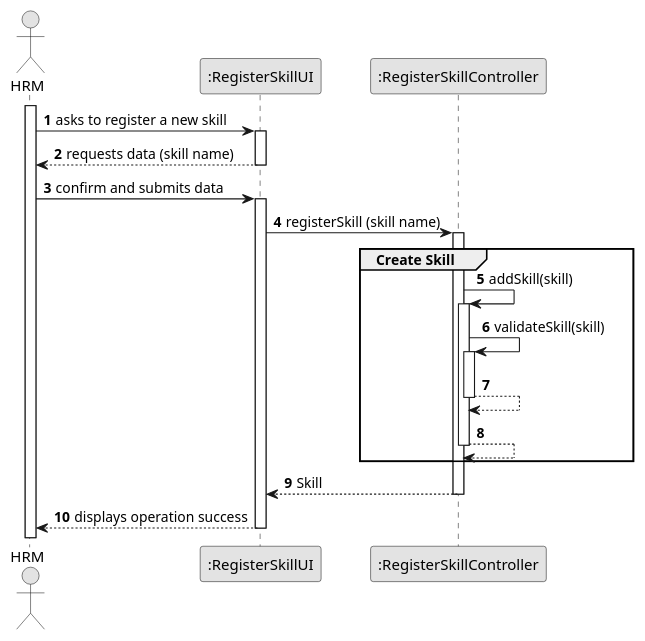
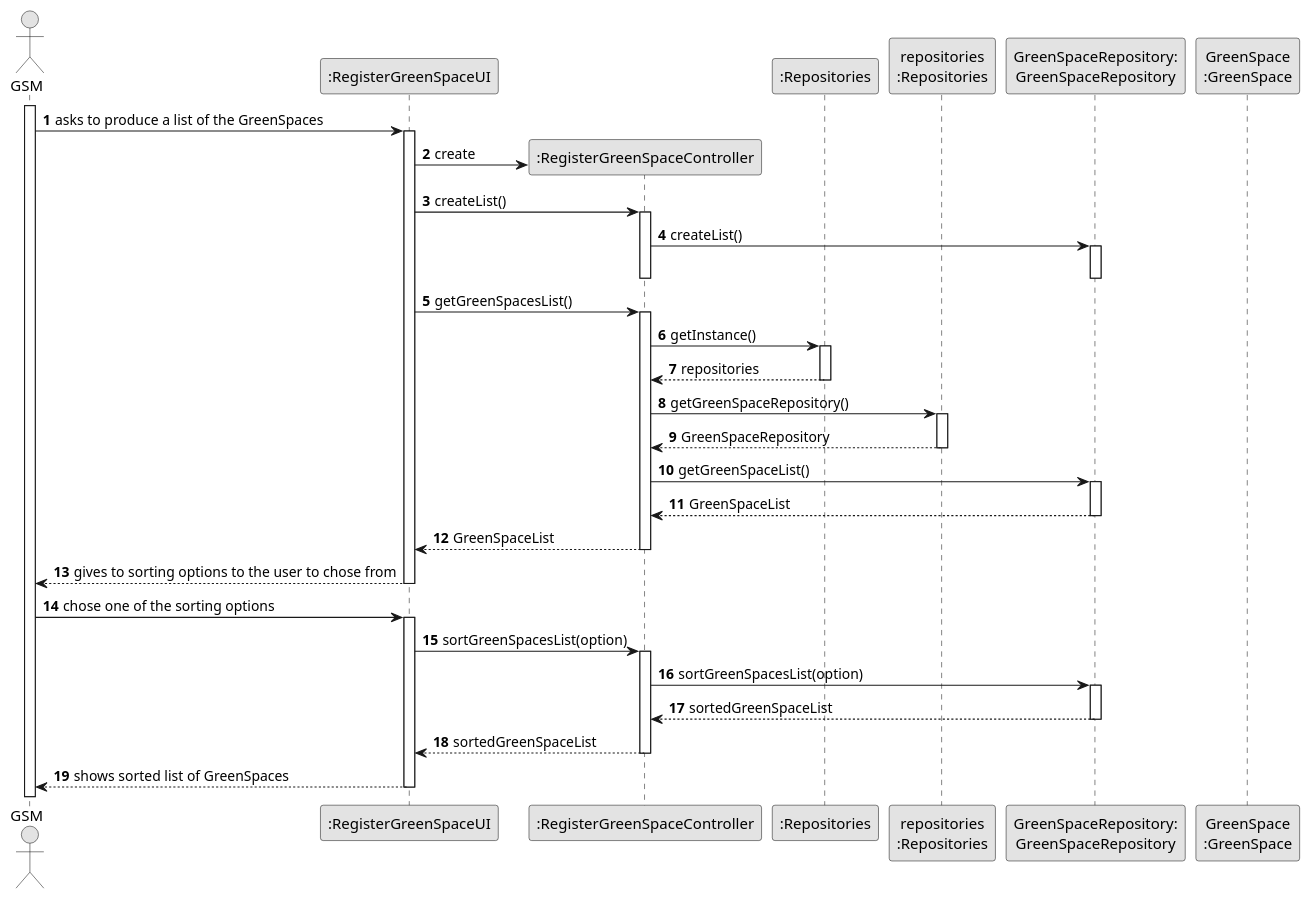
Before and after one commit to Departamento-de-Engenharia-Informatica/lei-24-s2-1dm-g132: the diagram in docs/sprintC/us027/03.design/puml/us027-sequence-diagram-full.puml, drawn with PlantUML. The commit also changed 6 other files, not shown here.

```diff
--- a/docs/sprintC/us027/03.design/puml/us027-sequence-diagram-full.puml
+++ b/docs/sprintC/us027/03.design/puml/us027-sequence-diagram-full.puml
@@ -1,50 +1,75 @@
 @startuml
 skinparam monochrome true
 skinparam packageStyle rectangle
 skinparam shadowing false
 
 autonumber
 
 'hide footbox
-actor "HRM" as HRM
-participant ":RegisterSkillUI" as UI
-participant ":RegisterSkillController" as CTRL
+actor "GSM" as GSM
+participant ":RegisterGreenSpaceUI" as UI
+participant ":RegisterGreenSpaceController" as CTRL
+participant ":Repositories" as RepositorySingleton
+participant "repositories\n:Repositories" as PLAT
+participant "GreenSpaceRepository:\nGreenSpaceRepository" as GreenSpaceRepository
+participant "GreenSpace\n:GreenSpace" as GreenSpace
 
-activate HRM
-
-        HRM -> UI : asks to register a new skill
-activate UI
-
-        UI --> HRM : requests data (skill name)
-         deactivate UI
-
-    HRM -> UI : confirm and submits data
-        activate UI
-
-                UI -> CTRL : registerSkill (skill name)
-            activate CTRL
-    group Create Skill
-
-                                        CTRL -> CTRL: addSkill(skill)
-
-                                                                           activate CTRL
-                                                                               CTRL -> CTRL: validateSkill(skill)
-                                                                               activate CTRL
-                                                                                   CTRL --> CTRL
-                                                                               deactivate CTRL
-
-                                                                               CTRL --> CTRL
-                                                                               deactivate CTRL
-                                                                               end
-
-            CTRL --> UI : Skill
-            deactivate CTRL
+activate GSM
 
 
-            UI --> HRM : displays operation success
+    GSM -> UI : asks to produce a list of the GreenSpaces
+    activate UI
+
+    UI -> CTRL** : create
+
+    UI -> CTRL : createList()
+    activate CTRL
+    CTRL -> GreenSpaceRepository : createList()
+    activate GreenSpaceRepository
+    deactivate GreenSpaceRepository
+    deactivate CTRL
+
+    UI -> CTRL : getGreenSpacesList()
+    activate CTRL
+    CTRL -> RepositorySingleton : getInstance()
+    activate RepositorySingleton
+    RepositorySingleton --> CTRL : repositories
+    deactivate RepositorySingleton
+
+    CTRL -> PLAT : getGreenSpaceRepository()
+    activate PLAT
+    PLAT --> CTRL : GreenSpaceRepository
+    deactivate PLAT
+
+    CTRL -> GreenSpaceRepository : getGreenSpaceList()
+    activate GreenSpaceRepository
+    GreenSpaceRepository --> CTRL : GreenSpaceList
+    deactivate GreenSpaceRepository
+    CTRL --> UI : GreenSpaceList
+    deactivate CTRL
+
+
+    UI --> GSM : gives to sorting options to the user to chose from
+    deactivate UI
+    GSM -> UI : chose one of the sorting options
+    activate UI
+    UI -> CTRL : sortGreenSpacesList(option)
+        activate CTRL
+        CTRL -> GreenSpaceRepository : sortGreenSpacesList(option)
+        activate GreenSpaceRepository
+        GreenSpaceRepository --> CTRL : sortedGreenSpaceList
+        deactivate GreenSpaceRepository
+        CTRL --> UI : sortedGreenSpaceList
+        deactivate CTRL
+
+        UI --> GSM : shows sorted list of GreenSpaces
         deactivate UI
 
 
 
 
+
+
+
+
 @enduml
```
